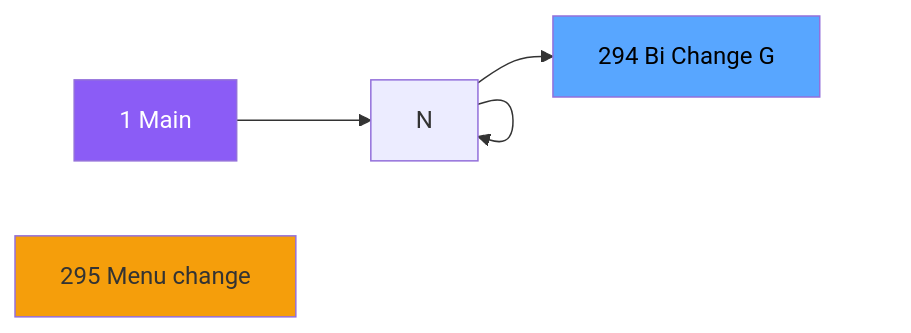
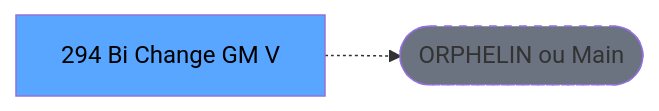
Before and after one commit to thonyAGP/lecteur-magic: the second of 3 diagrams in .openspec/renders/ADH-IDE-294.md, drawn with Mermaid. The commit also changed other lines of this file and 701 other files, not shown here.

````diff
--- a/.openspec/renders/ADH-IDE-294.md
+++ b/.openspec/renders/ADH-IDE-294.md
@@ -127,13 +126,8 @@
 ```mermaid
 graph LR
-    M[1 Main]
-    N295[295 Menu change ]
-    T[294 Bi  Change G]
-    M --> N
-    N --> N
-    N --> N
-    N --> T
-    style M fill:#8b5cf6,color:#fff
-    style N295 fill:#f59e0b
+    T[294 Bi  Change GM V]
+    ORPHAN([ORPHELIN ou Main])
+    T -.-> ORPHAN
     style T fill:#58a6ff,color:#000
+    style ORPHAN fill:#6b7280,stroke-dasharray: 5 5
 ```
````
